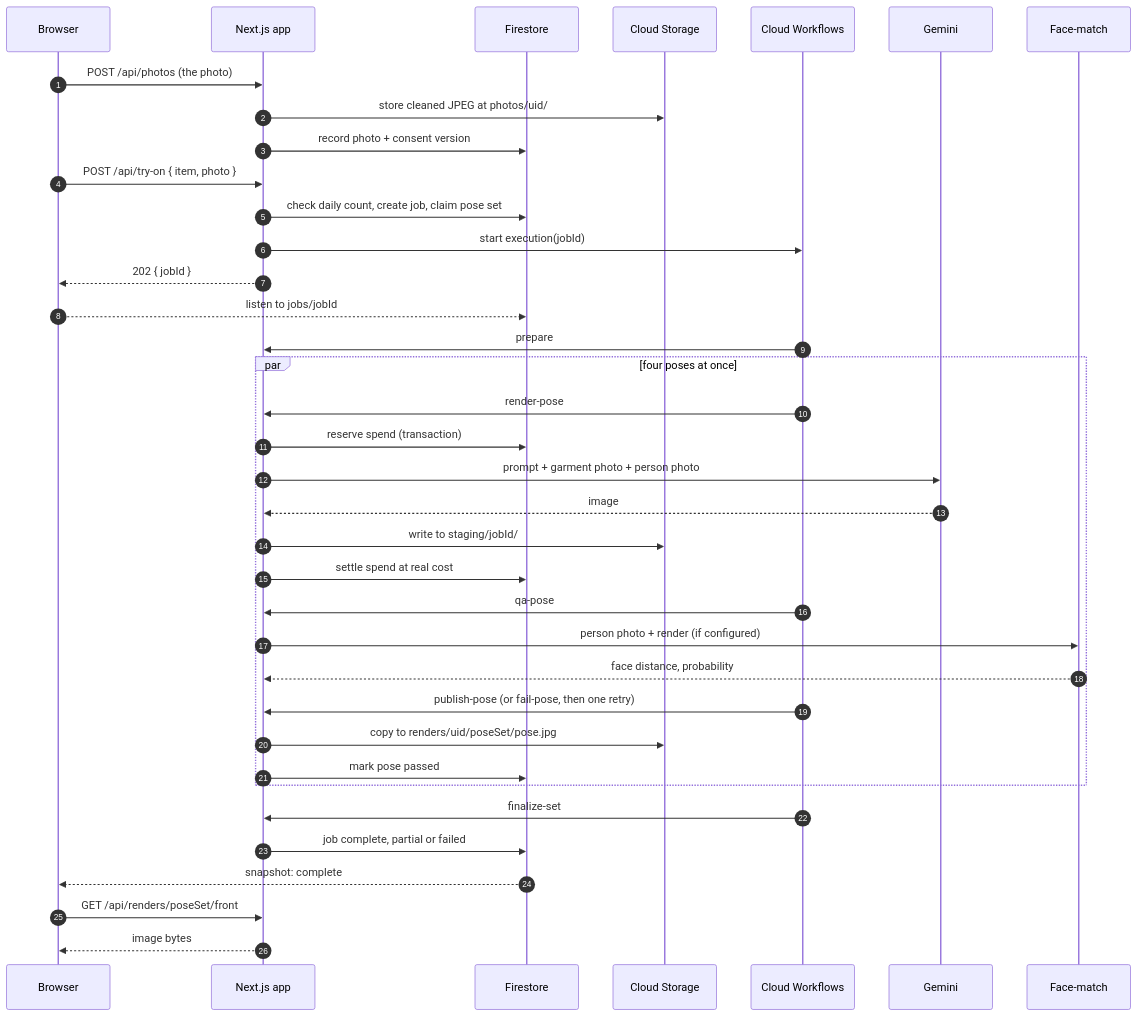
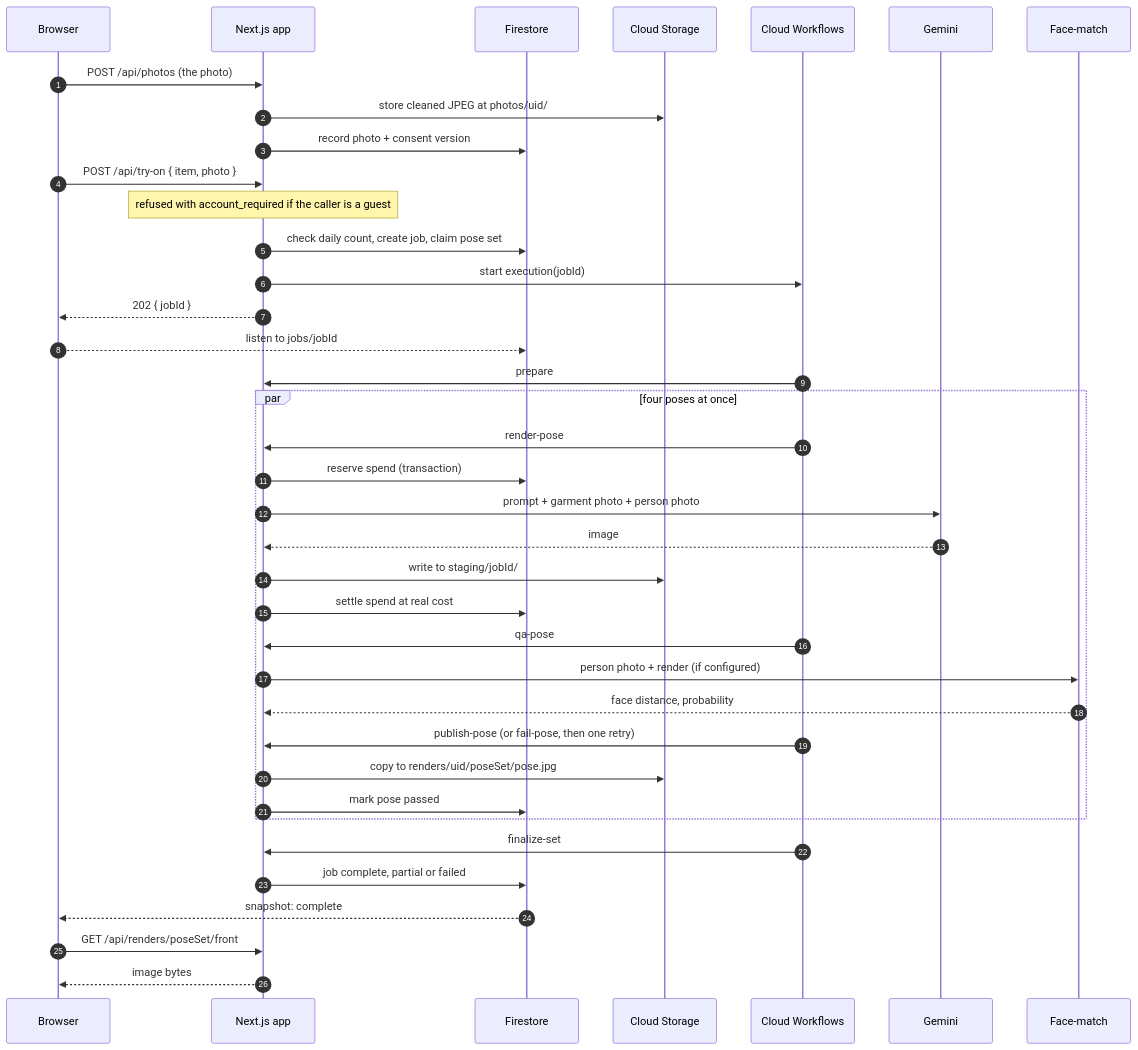
The second of 2 diagrams in docs/SYSTEM.md (gtejasvarma/trailroom), drawn with Mermaid before and after one commit. The commit also changed other lines of this file and 55 other files, not shown here.

First line of the commit message:
An account is required to start a try-on

````diff
--- a/docs/SYSTEM.md
+++ b/docs/SYSTEM.md
@@ -126,39 +133,40 @@
 ```mermaid
 sequenceDiagram
   autonumber
   participant B as Browser
   participant A as Next.js app
   participant D as Firestore
   participant S as Cloud Storage
   participant W as Cloud Workflows
   participant G as Gemini
   participant F as Face-match
   B->>A: POST /api/photos (the photo)
   A->>S: store cleaned JPEG at photos/uid/
   A->>D: record photo + consent version
   B->>A: POST /api/try-on { item, photo }
+  Note over A: refused with account_required if the caller is a guest
   A->>D: check daily count, create job, claim pose set
   A->>W: start execution(jobId)
   A-->>B: 202 { jobId }
   B-->>D: listen to jobs/jobId
   W->>A: prepare
   par four poses at once
     W->>A: render-pose
     A->>D: reserve spend (transaction)
     A->>G: prompt + garment photo + person photo
     G-->>A: image
     A->>S: write to staging/jobId/
     A->>D: settle spend at real cost
     W->>A: qa-pose
     A->>F: person photo + render (if configured)
     F-->>A: face distance, probability
     W->>A: publish-pose (or fail-pose, then one retry)
     A->>S: copy to renders/uid/poseSet/pose.jpg
     A->>D: mark pose passed
   end
   W->>A: finalize-set
   A->>D: job complete, partial or failed
   D-->>B: snapshot: complete
   B->>A: GET /api/renders/poseSet/front
   A-->>B: image bytes
 ```
````
